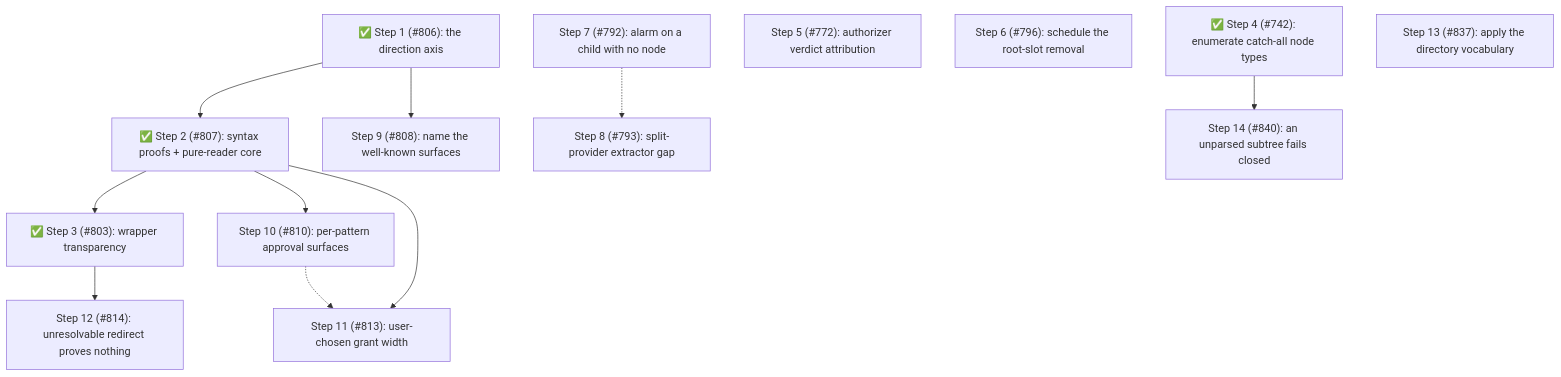
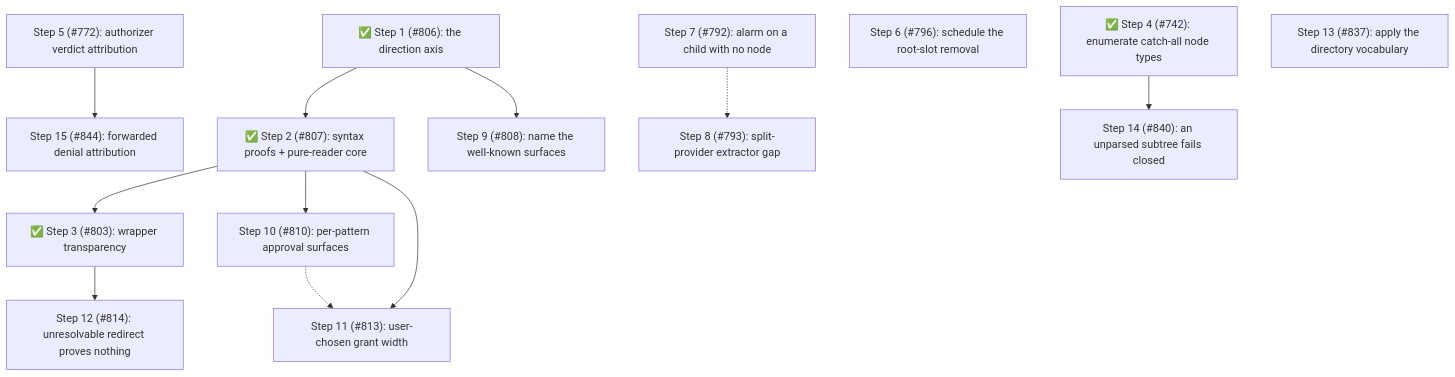
Before and after one commit to gotgenes/pi-packages: the fourth of 4 diagrams in packages/pi-permission-system/docs/architecture/architecture.md, drawn with Mermaid. The commit also changed other lines of this file, not shown here.

````diff
--- a/packages/pi-permission-system/docs/architecture/architecture.md
+++ b/packages/pi-permission-system/docs/architecture/architecture.md
@@ -1346,21 +1364,21 @@
 ```mermaid
 flowchart TD
     S1["✅ Step 1 (#806): the direction axis"] --> S2["✅ Step 2 (#807): syntax proofs + pure-reader core"]
     S2 --> S3["✅ Step 3 (#803): wrapper transparency"]
     S4["✅ Step 4 (#742): enumerate catch-all node types"]
-    S5["Step 5 (#772): authorizer verdict attribution"]
+    S5["Step 5 (#772): authorizer verdict attribution"] --> S15["Step 15 (#844): forwarded denial attribution"]
     S6["Step 6 (#796): schedule the root-slot removal"]
     S7["Step 7 (#792): alarm on a child with no node"]
     S8["Step 8 (#793): split-provider extractor gap"]
     S9["Step 9 (#808): name the well-known surfaces"]
     S10["Step 10 (#810): per-pattern approval surfaces"]
     S11["Step 11 (#813): user-chosen grant width"]
     S3 --> S12["Step 12 (#814): unresolvable redirect proves nothing"]
     S13["Step 13 (#837): apply the directory vocabulary"]
     S4 --> S14["Step 14 (#840): an unparsed subtree fails closed"]
     S7 -.-> S8
     S1 --> S9
     S2 --> S10
     S2 --> S11
     S10 -.-> S11
 ```
````
